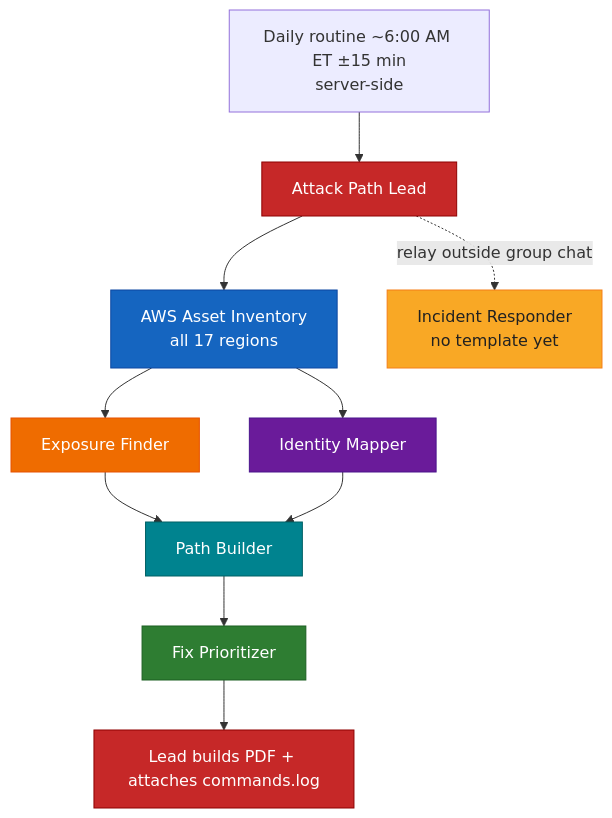
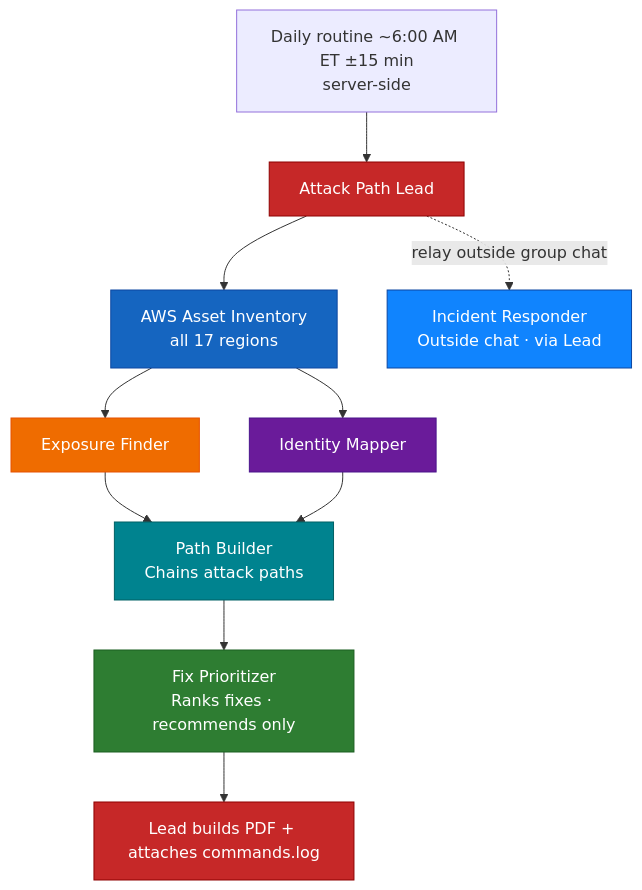
The diagram in README.md (ritvikindupuri/grok-bot-aws-attack-path-team), drawn with Mermaid before and after one commit. The commit also changed other lines of this file and 1 other file, not shown here.

Commit message:
README: match final architecture diagram (icons, subtitles, AWS panels, IR blue cloud)

````diff
--- a/README.md
+++ b/README.md
@@ -45,27 +59,27 @@
 ```mermaid
 flowchart TD
   R["Daily routine ~6:00 AM ET ±15 min<br/>server-side"] --> L["Attack Path Lead"]
   L --> I["AWS Asset Inventory<br/>all 17 regions"]
   I --> E["Exposure Finder"]
   I --> M["Identity Mapper"]
-  E --> P["Path Builder"]
+  E --> P["Path Builder<br/>Chains attack paths"]
   M --> P
-  P --> F["Fix Prioritizer"]
+  P --> F["Fix Prioritizer<br/>Ranks fixes · recommends only"]
   F --> PDF["Lead builds PDF + attaches commands.log"]
-  L -.->|relay outside group chat| IR["Incident Responder<br/>no template yet"]
+  L -.->|relay outside group chat| IR["Incident Responder<br/>Outside chat · via Lead"]
 
   classDef lead fill:#C62828,color:#fff,stroke:#8E0000
   classDef inv fill:#1565C0,color:#fff,stroke:#0D47A1
   classDef exp fill:#EF6C00,color:#fff,stroke:#E65100
   classDef idm fill:#6A1B9A,color:#fff,stroke:#4A148C
   classDef path fill:#00838F,color:#fff,stroke:#006064
   classDef fix fill:#2E7D32,color:#fff,stroke:#1B5E20
-  classDef ir fill:#F9A825,color:#212121,stroke:#F57F17
+  classDef ir fill:#1084FE,color:#fff,stroke:#0D47A1
   class L,PDF lead
   class I inv
   class E exp
   class M idm
   class P path
   class F fix
   class IR ir
 ```
````
